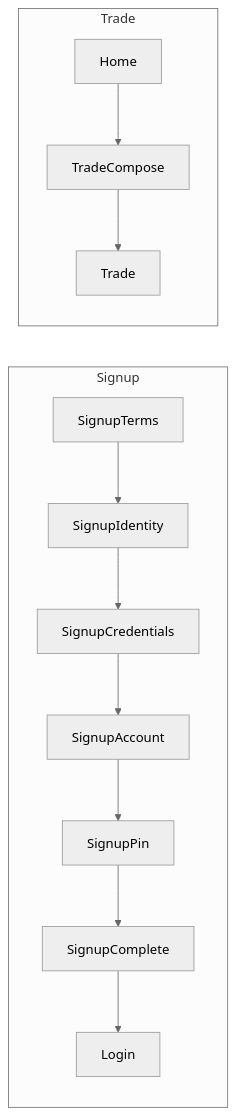
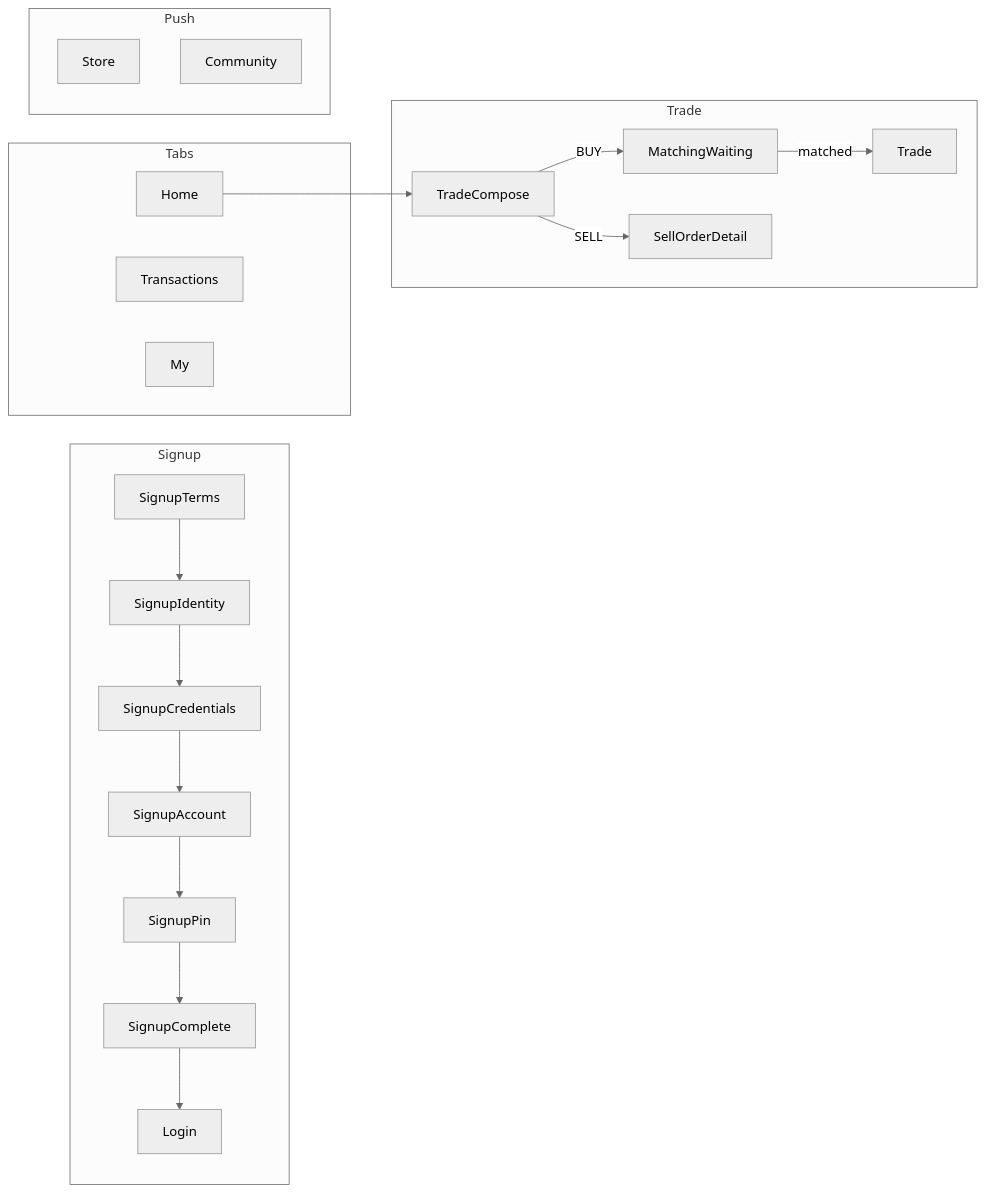
One commit to mslee98/brit-front changed the first of 2 diagrams in docs/stackflow/README.md. Above: the diagram before and after it, drawn with Mermaid (neutral theme). The commit also changed other lines of this file and 123 other files, not shown here.

First line of the commit message:
feat(trade): 입금 대기·확인을 WaitingState Lottie 풀페이지로 정리한다

````diff
--- a/docs/stackflow/README.md
+++ b/docs/stackflow/README.md
@@ -12,19 +12,32 @@
 ```mermaid
 flowchart LR
   subgraph signup [Signup]
     Terms[SignupTerms]
     Identity[SignupIdentity]
     Credentials[SignupCredentials]
     Account[SignupAccount]
     Pin[SignupPin]
     Complete[SignupComplete]
     Login[Login]
     Terms --> Identity --> Credentials --> Account --> Pin --> Complete --> Login
   end
+  subgraph tabs [Tabs]
+    Home[Home]
+    Txn[Transactions]
+    My[My]
+  end
   subgraph tradeFlow [Trade]
-    Home[Home]
     Compose[TradeCompose]
+    Waiting[MatchingWaiting]
+    Sell[SellOrderDetail]
     Trade[Trade]
-    Home --> Compose --> Trade
+    Home --> Compose
+    Compose -->|"BUY"| Waiting
+    Compose -->|"SELL"| Sell
+    Waiting -->|"matched"| Trade
+  end
+  subgraph pushOnly [Push]
+    Store[Store]
+    Community[Community]
   end
 ```
````
